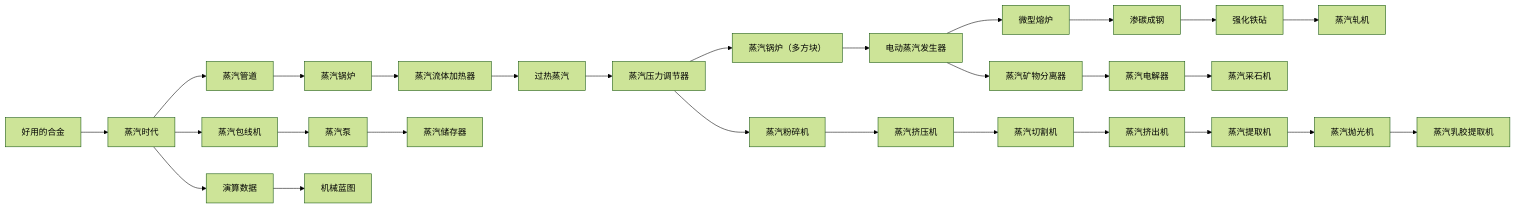
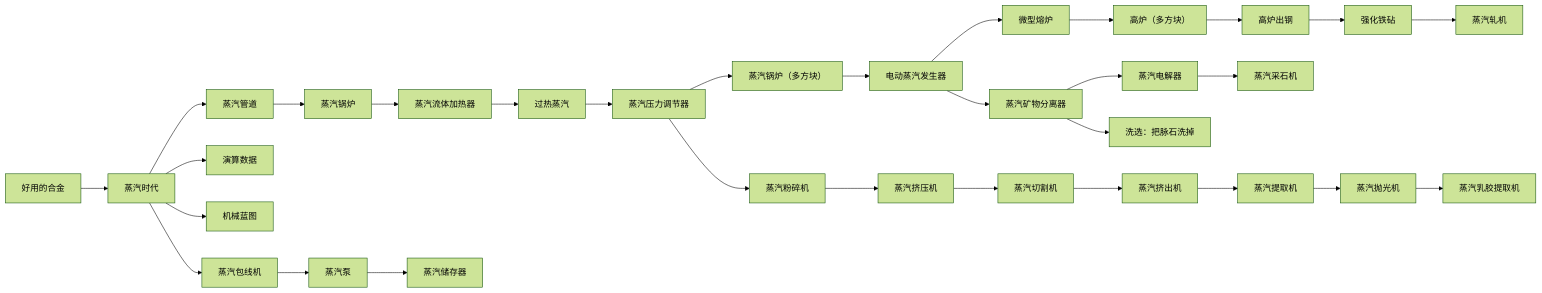
The second of 3 diagrams in kubejs/docs/QUEST_LINES.md (1376127612/Sink-Journey), drawn with Mermaid (forest theme) before and after one commit. The commit also changed other lines of this file and 19 other files, not shown here.

````diff
--- a/kubejs/docs/QUEST_LINES.md
+++ b/kubejs/docs/QUEST_LINES.md
@@ -107,58 +116,62 @@
 ```mermaid
 graph LR
     M1["好用的合金"]
     M2["蒸汽时代"]
     M3["蒸汽管道"]
     M4["蒸汽锅炉"]
     M5["蒸汽流体加热器"]
     M6["过热蒸汽"]
     M7["蒸汽压力调节器"]
     M8["蒸汽锅炉（多方块）"]
     M9["电动蒸汽发生器"]
     M10["微型熔炉"]
-    M11["渗碳成钢"]
-    M12["强化铁砧"]
-    M13["蒸汽轧机"]
+    M11["高炉（多方块）"]
+    M12["高炉出钢"]
+    M13["强化铁砧"]
+    M14["蒸汽轧机"]
     M1 --> M2
     M2 --> M3
     M3 --> M4
     M4 --> M5
     M5 --> M6
     M6 --> M7
     M7 --> M8
     M8 --> M9
     M9 --> M10
     M10 --> M11
     M11 --> M12
     M12 --> M13
-    B1_1["蒸汽粉碎机"]
-    M7 --> B1_1
-    B1_2["蒸汽挤压机"]
-    B1_1 --> B1_2
-    B1_3["蒸汽切割机"]
-    B1_2 --> B1_3
-    B1_4["蒸汽挤出机"]
-    B1_3 --> B1_4
-    B1_5["蒸汽提取机"]
-    B1_4 --> B1_5
-    B1_6["蒸汽抛光机"]
-    B1_5 --> B1_6
-    B1_7["蒸汽乳胶提取机"]
-    B1_6 --> B1_7
-    B2_1["蒸汽包线机"]
+    M13 --> M14
+    B1_1["演算数据"]
+    M2 --> B1_1
+    B2_1["机械蓝图"]
     M2 --> B2_1
-    B2_2["蒸汽泵"]
-    B2_1 --> B2_2
-    B2_3["蒸汽储存器"]
-    B2_2 --> B2_3
-    B3_1["蒸汽矿物分离器"]
-    M9 --> B3_1
-    B3_2["蒸汽电解器"]
+    B3_1["蒸汽粉碎机"]
+    M7 --> B3_1
+    B3_2["蒸汽挤压机"]
     B3_1 --> B3_2
-    B3_3["蒸汽采石机"]
+    B3_3["蒸汽切割机"]
     B3_2 --> B3_3
-    B4_1["演算数据"]
+    B3_4["蒸汽挤出机"]
+    B3_3 --> B3_4
+    B3_5["蒸汽提取机"]
+    B3_4 --> B3_5
+    B3_6["蒸汽抛光机"]
+    B3_5 --> B3_6
+    B3_7["蒸汽乳胶提取机"]
+    B3_6 --> B3_7
+    B4_1["蒸汽包线机"]
     M2 --> B4_1
-    B4_2["机械蓝图"]
+    B4_2["蒸汽泵"]
     B4_1 --> B4_2
+    B4_3["蒸汽储存器"]
+    B4_2 --> B4_3
+    B5_1["蒸汽矿物分离器"]
+    M9 --> B5_1
+    B5_2["蒸汽电解器"]
+    B5_1 --> B5_2
+    B5_3["蒸汽采石机"]
+    B5_2 --> B5_3
+    B6_1["洗选：把脉石洗掉"]
+    B5_1 --> B6_1
 ```
````
